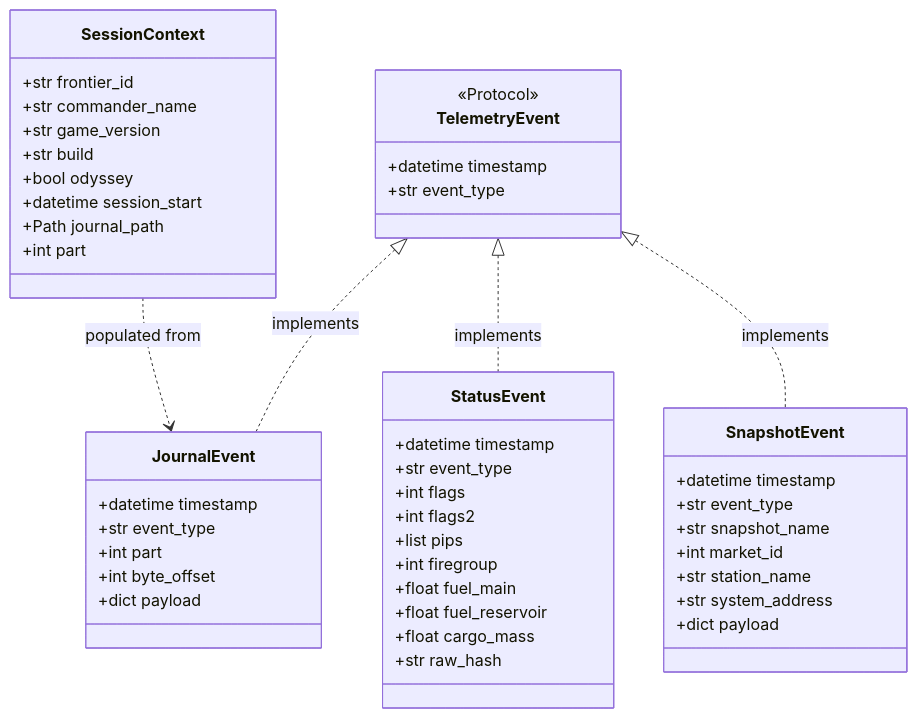
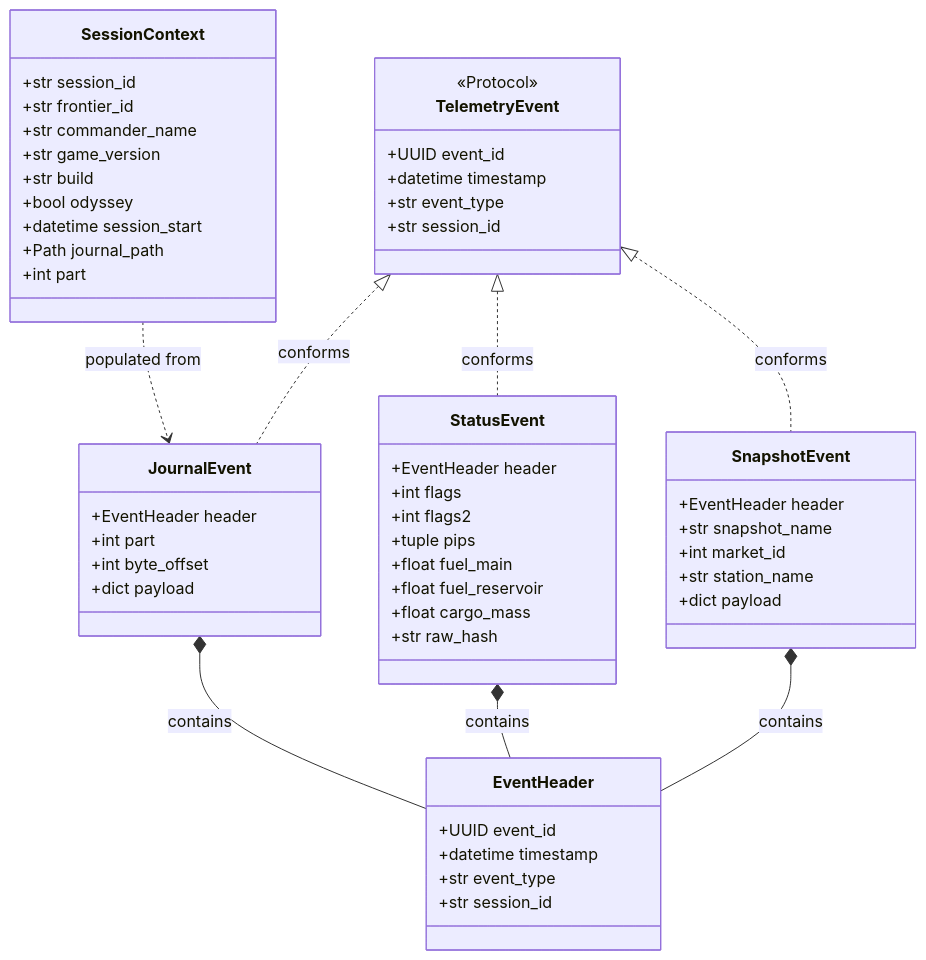
Before and after one commit to mnaatjes/ed-telemetry: the third of 3 diagrams in architecture/notes/pre_adr_file_presence_freshness_detection.md, drawn with Mermaid. The commit also changed other lines of this file, not shown here.

Commit message:
docs(architecture): expand Section 9 with event collection, UUIDs, and composition

````diff
--- a/architecture/notes/pre_adr_file_presence_freshness_detection.md
+++ b/architecture/notes/pre_adr_file_presence_freshness_detection.md
@@ -302,55 +315,63 @@
 ```mermaid
 classDiagram
     class TelemetryEvent {
         <<Protocol>>
+        +UUID event_id
         +datetime timestamp
         +str event_type
+        +str session_id
+    }
+
+    class EventHeader {
+        +UUID event_id
+        +datetime timestamp
+        +str event_type
+        +str session_id
     }
 
     class SessionContext {
+        +str session_id
         +str frontier_id
         +str commander_name
         +str game_version
         +str build
         +bool odyssey
         +datetime session_start
         +Path journal_path
         +int part
     }
 
     class JournalEvent {
-        +datetime timestamp
-        +str event_type
+        +EventHeader header
         +int part
         +int byte_offset
         +dict payload
     }
 
     class StatusEvent {
-        +datetime timestamp
-        +str event_type
+        +EventHeader header
         +int flags
         +int flags2
-        +list pips
-        +int firegroup
+        +tuple pips
         +float fuel_main
         +float fuel_reservoir
         +float cargo_mass
         +str raw_hash
     }
 
     class SnapshotEvent {
-        +datetime timestamp
-        +str event_type
+        +EventHeader header
         +str snapshot_name
         +int market_id
         +str station_name
-        +str system_address
         +dict payload
     }
 
-    TelemetryEvent <|.. JournalEvent : implements
-    TelemetryEvent <|.. StatusEvent : implements
-    TelemetryEvent <|.. SnapshotEvent : implements
+    TelemetryEvent <|.. JournalEvent : conforms
+    TelemetryEvent <|.. StatusEvent : conforms
+    TelemetryEvent <|.. SnapshotEvent : conforms
+    JournalEvent *-- EventHeader : contains
+    StatusEvent *-- EventHeader : contains
+    SnapshotEvent *-- EventHeader : contains
     SessionContext ..> JournalEvent : populated from
 ```
````
